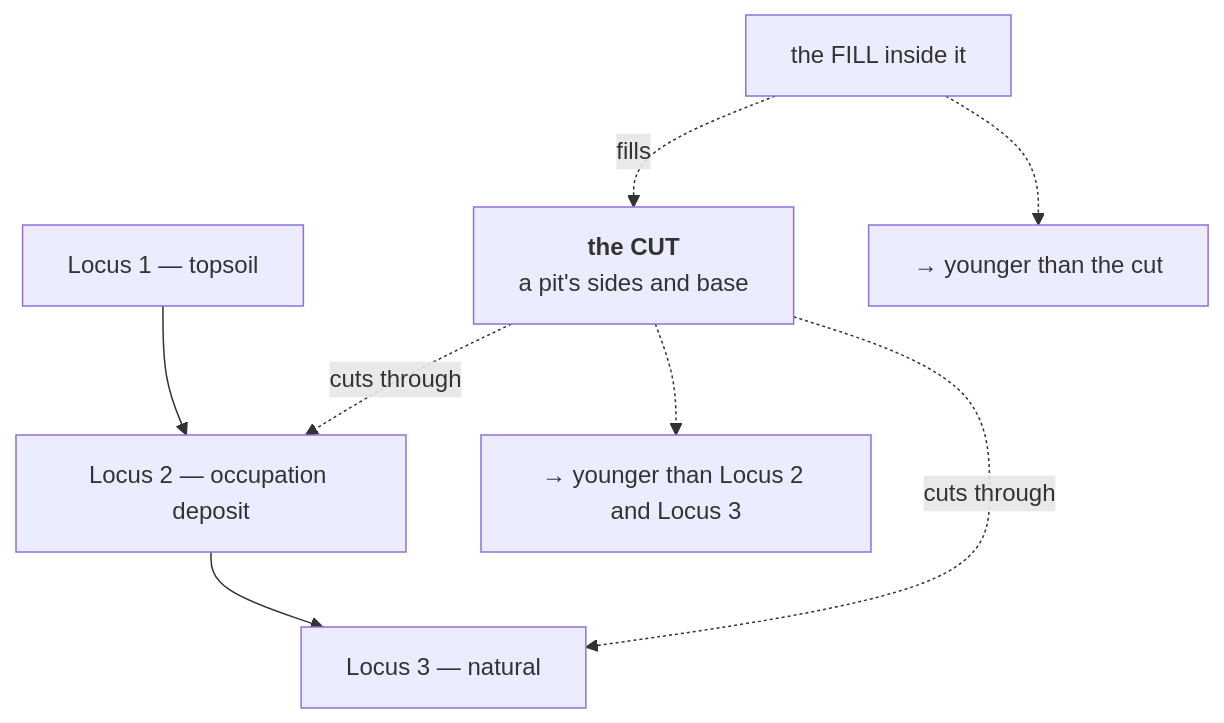
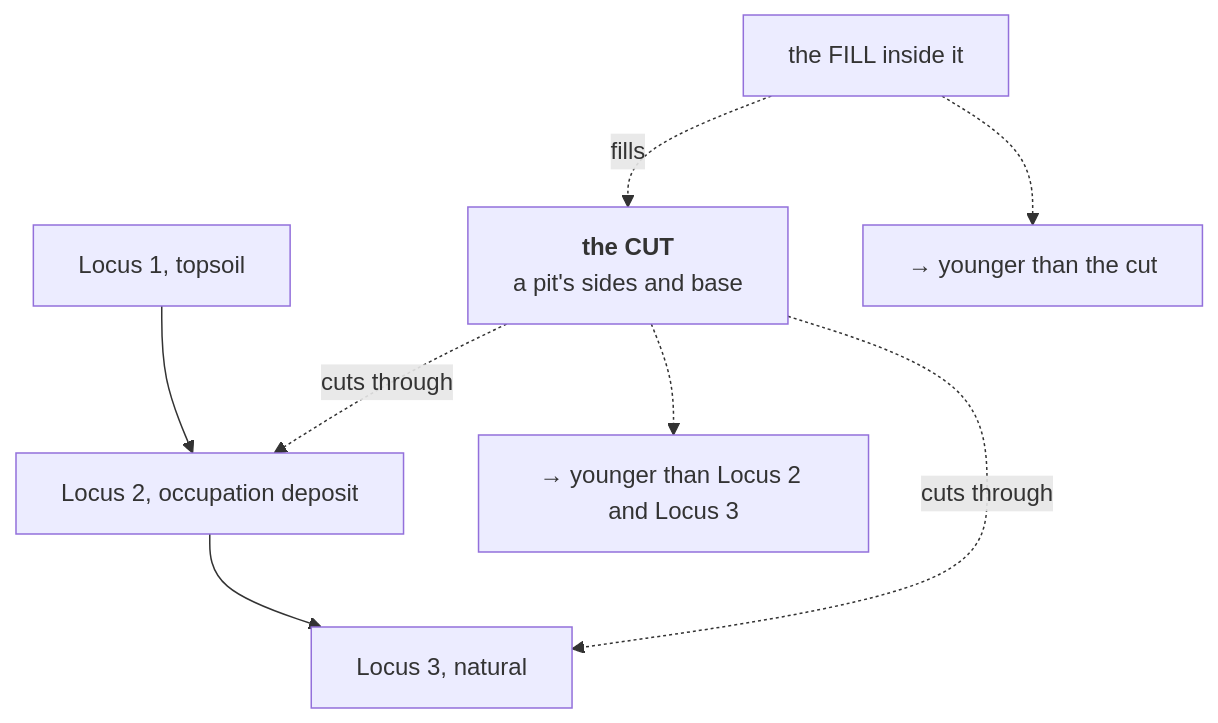
One commit to jennarbates/StratigraphyGenerator changed the diagram in docs/archaeology/cut.md. Above: the diagram before and after it, drawn with Mermaid. The commit also changed other lines of this file and 309 other files, not shown here.

````diff
--- a/docs/archaeology/cut.md
+++ b/docs/archaeology/cut.md
@@ -38,14 +38,14 @@
 ```mermaid
 flowchart TB
-  L1["Locus 1 — topsoil"]
-  L2["Locus 2 — occupation deposit"]
-  L3["Locus 3 — natural"]
+  L1["Locus 1, topsoil"]
+  L2["Locus 2, occupation deposit"]
+  L3["Locus 3, natural"]
   C["<b>the CUT</b><br/>a pit's sides and base"]
   F["the FILL inside it"]
   L1 --> L2 --> L3
   C -.->|"cuts through"| L2
   C -.->|"cuts through"| L3
   F -.->|"fills"| C
   C -.-> R["→ younger than Locus 2 and Locus 3"]
   F -.-> R2["→ younger than the cut"]
 ```
````
